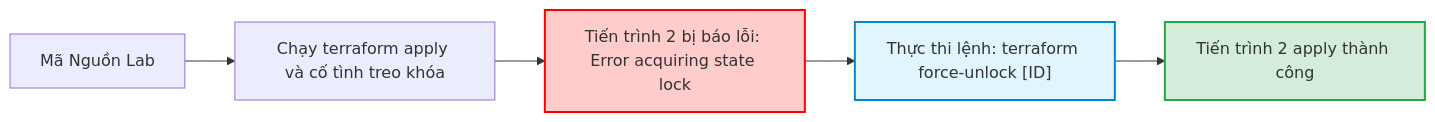
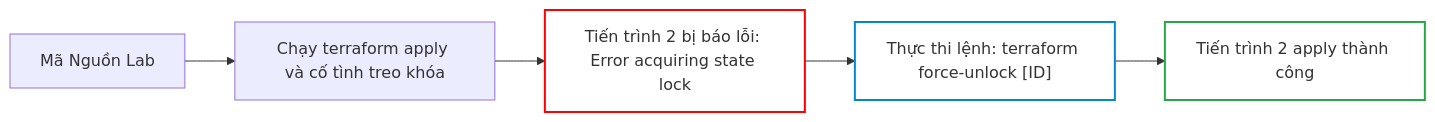
Before and after one commit to kiennt308/ntk: the fifth of 6 diagrams in _posts/2026-09-13-terraform-26-26-go-roi-state-lock-apply-nua-chung-va-cuu-ho-state-corruption.md, drawn with Mermaid. The commit also changed other lines of this file and 207 other files, not shown here.

Commit message:
feat(posts): batch standardize all 208 posts with TL;DR, qa-card accordion, fill:none mermaid, and liquid raw wrappers

````diff
--- a/_posts/2026-09-13-terraform-26-26-go-roi-state-lock-apply-nua-chung-va-cuu-ho-state-corruption.md
+++ b/_posts/2026-09-13-terraform-26-26-go-roi-state-lock-apply-nua-chung-va-cuu-ho-state-corruption.md
@@ -243,13 +247,13 @@
 ```mermaid
 graph LR
     A["Mã Nguồn Lab"] --> B["Chạy terraform apply và cố tình treo khóa"]
     B --> C["Tiến trình 2 bị báo lỗi: Error acquiring state lock"]
     C --> D["Thực thi lệnh: terraform force-unlock [ID]"]
     D --> E["Tiến trình 2 apply thành công"]
 
-    style C fill:#ffcccc,stroke:#ff0000,stroke-width:2px
-    style D fill:#e1f5fe,stroke:#0288d1,stroke-width:2px
-    style E fill:#d4edda,stroke:#28a745,stroke-width:2px
+    style C fill:none,stroke:#ff0000,stroke-width:2px
+    style D fill:none,stroke:#0288d1,stroke-width:2px
+    style E fill:none,stroke:#28a745,stroke-width:2px
 
 
 ```
````
